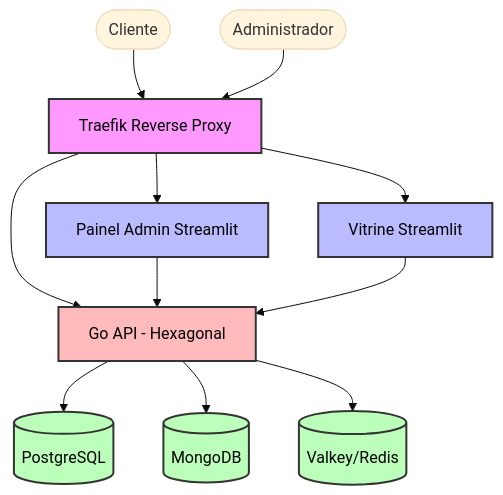
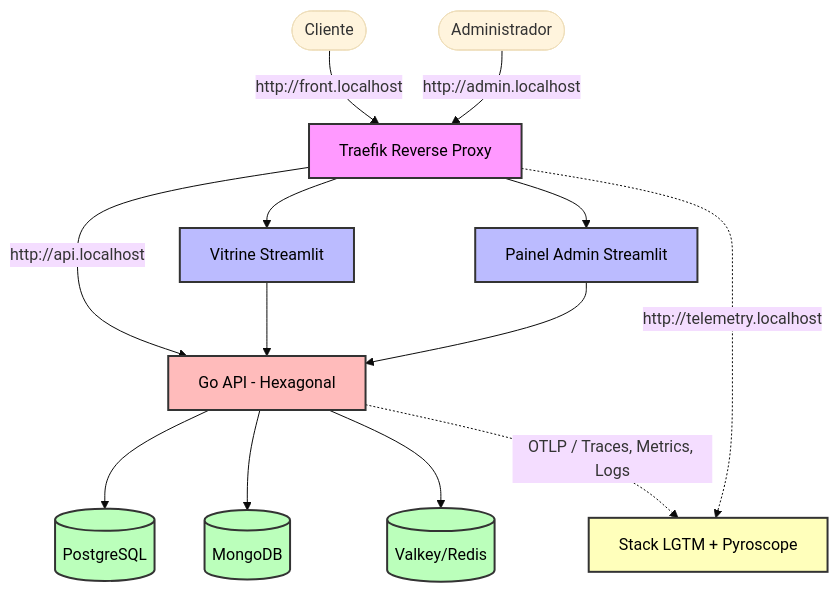
Before and after one commit to alvarolucio2007/BazaarGo: the diagram in README.md, drawn with Mermaid (base theme). The commit also changed other lines of this file, not shown here.

````diff
--- a/README.md
+++ b/README.md
@@ -91,35 +91,41 @@
 ```mermaid
 flowchart TD
     %% Atores
     User([Cliente])
     Admin([Administrador])
 
-    %% Proxy
-    User --> Traefik[Traefik Reverse Proxy]
-    Admin --> Traefik
-
+    %% Proxy e Roteamento
+    User -->|http://front.localhost| Traefik[Traefik Reverse Proxy]
+    Admin -->|http://admin.localhost| Traefik
+    
     %% Frontends
-    Traefik --> Streamlit[Vitrine Streamlit]
-    Traefik --> Vitrine[Painel Admin Streamlit]
-    Traefik --> API
-
+    Traefik --> Vitrine[Vitrine Streamlit]
+    Traefik --> AdminPanel[Painel Admin Streamlit]
+    
     %% Backend
-    Vitrine --> API[Go API - Hexagonal]
-    Streamlit --> API
+    Traefik -->|http://api.localhost| API[Go API - Hexagonal]
+    Vitrine --> API
+    AdminPanel --> API
 
     %% Bancos de Dados (Persistência Poliglota)
     API --> PG[(PostgreSQL)]
     API --> Mongo[(MongoDB)]
     API --> Valkey[(Valkey/Redis)]
 
+    %% Observabilidade
+    API -.->|OTLP / Traces, Metrics, Logs| Telemetry[Stack LGTM + Pyroscope]
+    Traefik -.->|http://telemetry.localhost| Telemetry
+
     %% Estilização
     classDef proxy fill:#f9f,stroke:#333,stroke-width:2px,color:#000;
     classDef frontend fill:#bbf,stroke:#333,stroke-width:2px,color:#000;
     classDef backend fill:#fbb,stroke:#333,stroke-width:2px,color:#000;
     classDef database fill:#bfb,stroke:#333,stroke-width:2px,color:#000;
+    classDef obs fill:#ffb,stroke:#333,stroke-width:2px,color:#000;
     
     class Traefik proxy;
-    class Vitrine,Streamlit frontend;
+    class Vitrine,AdminPanel frontend;
     class API backend;
     class PG,Mongo,Valkey database;
+    class Telemetry obs;
 ```
````
